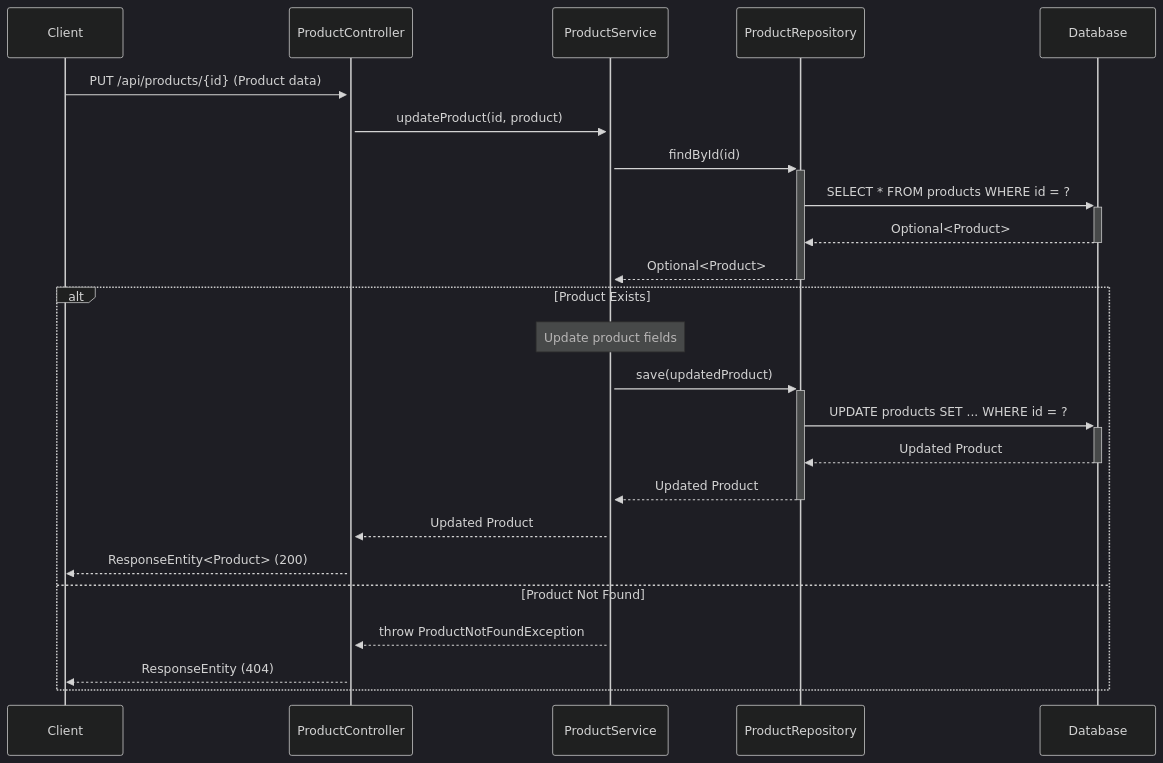
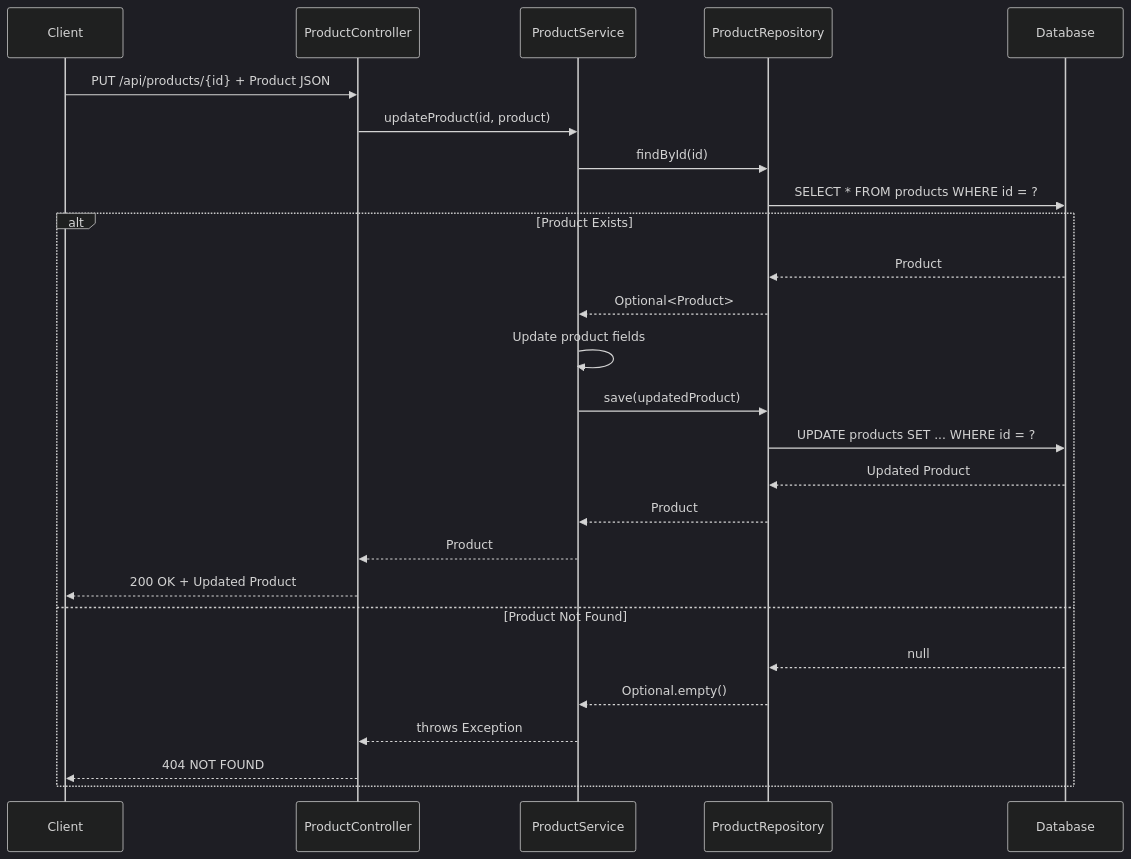
The sixth of 9 diagrams in docs/LLD/lld.md (NavneetBN47/aava-ecom-demo), drawn with Mermaid (dark theme) before and after one commit. The commit also changed other lines of this file, not shown here.

````diff
--- a/docs/LLD/lld.md
+++ b/docs/LLD/lld.md
@@ -171,29 +179,30 @@
 ```mermaid
 sequenceDiagram
     participant Client
     participant ProductController
     participant ProductService
     participant ProductRepository
     participant Database
     
-    Client->>+ProductController: PUT /api/products/{id} (Product data)
-    ProductController->>+ProductService: updateProduct(id, product)
-    
-    ProductService->>+ProductRepository: findById(id)
-    ProductRepository->>+Database: SELECT * FROM products WHERE id = ?
-    Database-->>-ProductRepository: Optional<Product>
-    ProductRepository-->>-ProductService: Optional<Product>
+    Client->>ProductController: PUT /api/products/{id} + Product JSON
+    ProductController->>ProductService: updateProduct(id, product)
+    ProductService->>ProductRepository: findById(id)
+    ProductRepository->>Database: SELECT * FROM products WHERE id = ?
     
     alt Product Exists
-        Note over ProductService: Update product fields
-        ProductService->>+ProductRepository: save(updatedProduct)
-        ProductRepository->>+Database: UPDATE products SET ... WHERE id = ?
-        Database-->>-ProductRepository: Updated Product
-        ProductRepository-->>-ProductService: Updated Product
-        ProductService-->>ProductController: Updated Product
-        ProductController-->>Client: ResponseEntity<Product> (200)
+        Database-->>ProductRepository: Product
+        ProductRepository-->>ProductService: Optional<Product>
+        ProductService->>ProductService: Update product fields
+        ProductService->>ProductRepository: save(updatedProduct)
+        ProductRepository->>Database: UPDATE products SET ... WHERE id = ?
+        Database-->>ProductRepository: Updated Product
+        ProductRepository-->>ProductService: Product
+        ProductService-->>ProductController: Product
+        ProductController-->>Client: 200 OK + Updated Product
     else Product Not Found
-        ProductService-->>ProductController: throw ProductNotFoundException
-        ProductController-->>Client: ResponseEntity (404)
+        Database-->>ProductRepository: null
+        ProductRepository-->>ProductService: Optional.empty()
+        ProductService-->>ProductController: throws Exception
+        ProductController-->>Client: 404 NOT FOUND
     end
 ```
````
